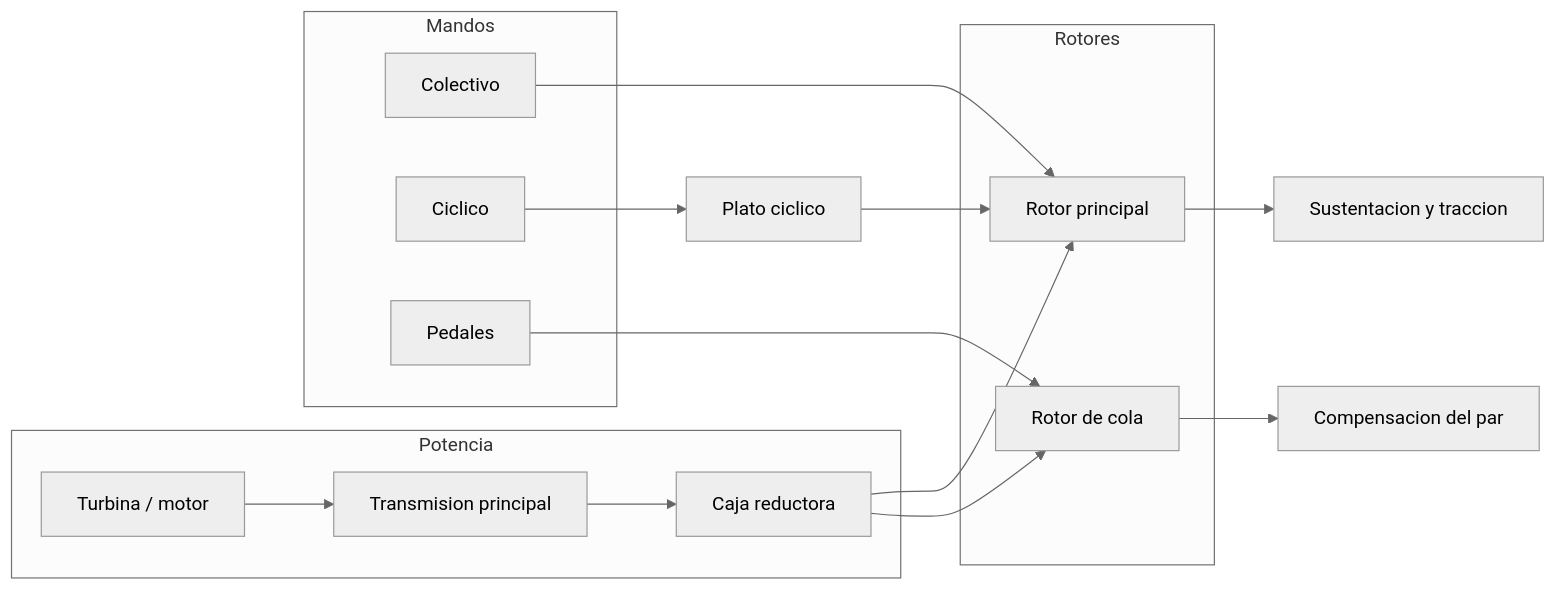
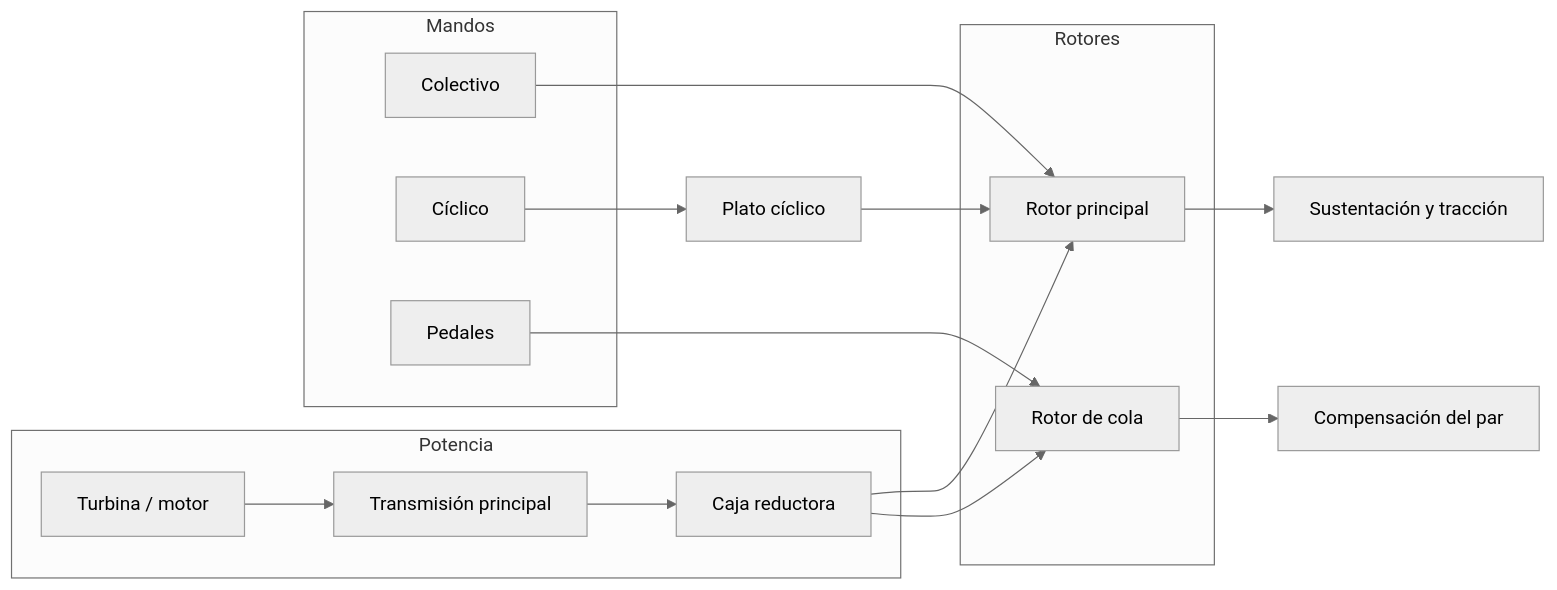
One commit to vladimiracunadev-create/machine-operator-program changed the first of 4 diagrams in vehiculos/helicopteros/operacion/sistemas-mecanicos-helicoptero.md. Above: the diagram before and after it, drawn with Mermaid (neutral theme). The commit also changed other lines of this file and 442 other files, not shown here.

````diff
--- a/vehiculos/helicopteros/operacion/sistemas-mecanicos-helicoptero.md
+++ b/vehiculos/helicopteros/operacion/sistemas-mecanicos-helicoptero.md
@@ -9,24 +9,24 @@
 ```mermaid
 flowchart LR
     subgraph Potencia
-        Tur[Turbina / motor] --> Trans[Transmision principal]
+        Tur[Turbina / motor] --> Trans[Transmisión principal]
         Trans --> Caja[Caja reductora]
     end
     subgraph Rotores
         RP[Rotor principal]
         RC[Rotor de cola]
     end
     subgraph Mandos
         Col[Colectivo]
-        Cic[Ciclico]
+        Cic[Cíclico]
         Ped[Pedales]
     end
     Caja --> RP
     Caja --> RC
     Col --> RP
-    Cic --> Plato[Plato ciclico]
+    Cic --> Plato[Plato cíclico]
     Plato --> RP
     Ped --> RC
-    RP --> Sust[Sustentacion y traccion]
-    RC --> Anti[Compensacion del par]
+    RP --> Sust[Sustentación y tracción]
+    RC --> Anti[Compensación del par]
 ```
````
